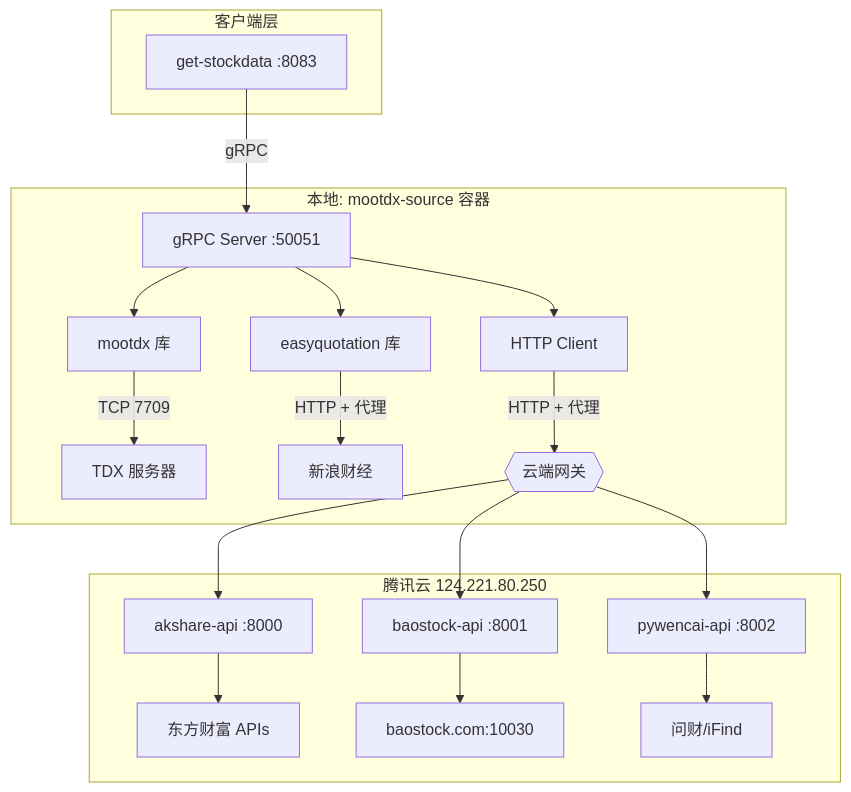
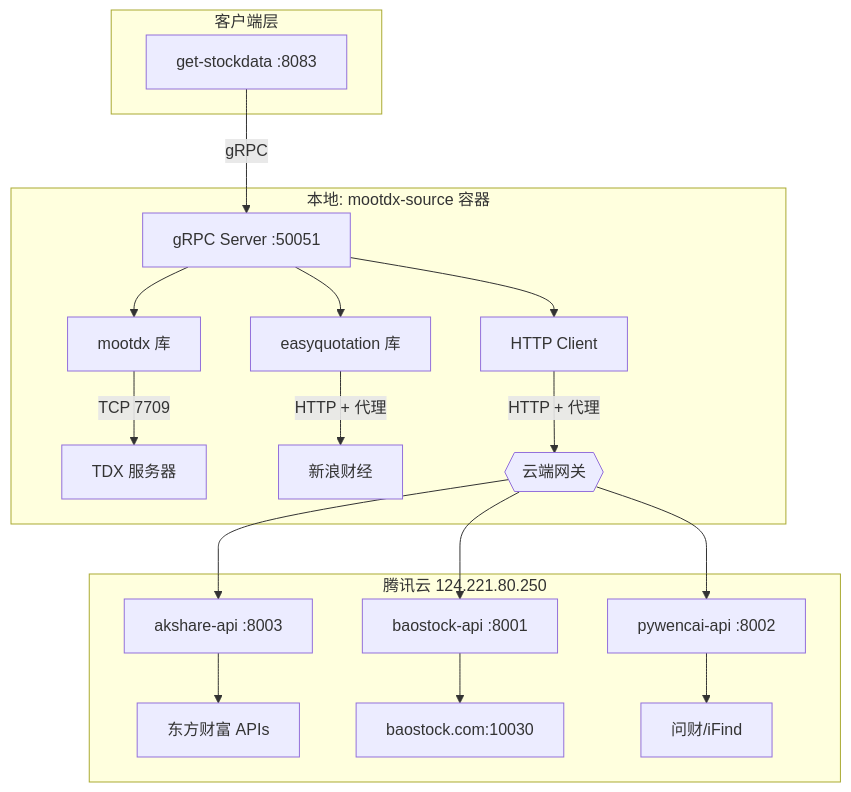
One commit to bxgh/microservice-stock-ck changed the diagram in docs/epics/epic008-hybrid-architecture/ADR-002-混合架构决策.md. Above: the diagram before and after it, drawn with Mermaid. The commit also changed other lines of this file and 1 other file, not shown here.

````diff
--- a/docs/epics/epic008-hybrid-architecture/ADR-002-混合架构决策.md
+++ b/docs/epics/epic008-hybrid-architecture/ADR-002-混合架构决策.md
@@ -90,28 +90,28 @@
 ```mermaid
 graph TB
     subgraph "本地: mootdx-source 容器"
         MS[gRPC Server :50051]
         
         MS --> MX[mootdx 库]
         MS --> EQ[easyquotation 库]
         MS --> HTTP[HTTP Client]
         
         MX -->|TCP 7709| TDX[TDX 服务器]
         EQ -->|HTTP + 代理| SINA[新浪财经]
         HTTP -->|HTTP + 代理| CLOUD{{云端网关}}
     end
     
     subgraph "腾讯云 124.221.80.250"
-        CLOUD --> AK[akshare-api :8000]
+        CLOUD --> AK[akshare-api :8003]
         CLOUD --> BS[baostock-api :8001]
         CLOUD --> PW[pywencai-api :8002]
         
         AK --> EM[东方财富 APIs]
         BS --> BSS[baostock.com:10030]
         PW --> WC[问财/iFind]
     end
     
     subgraph "客户端层"
         GS[get-stockdata :8083] -->|gRPC| MS
     end
 ```
````
